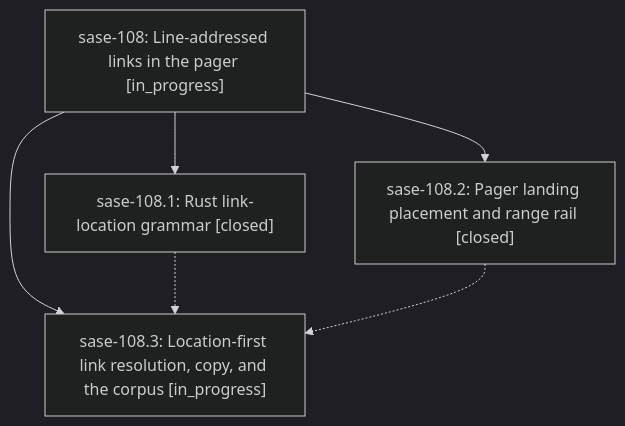
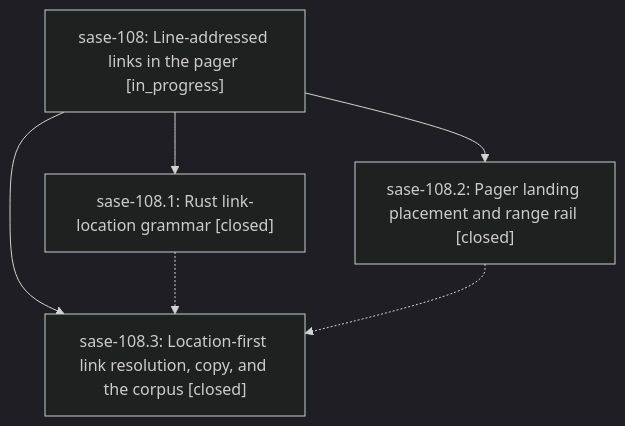
The diagram in pages/sase-108/README.md (sase-org/sase--beads), drawn with Mermaid (dark theme) before and after one commit. The commit also changed other lines of this file and 3 other files, not shown here.

````diff
--- a/pages/sase-108/README.md
+++ b/pages/sase-108/README.md
@@ -24,12 +24,12 @@
 ```mermaid
 flowchart TD
     n0["sase-108: Line-addressed links in the pager [in_progress]"]
     n1["sase-108.1: Rust link-location grammar [closed]"]
     n2["sase-108.2: Pager landing placement and range rail [closed]"]
-    n3["sase-108.3: Location-first link resolution, copy, and the corpus [in_progress]"]
+    n3["sase-108.3: Location-first link resolution, copy, and the corpus [closed]"]
     n0 --> n1
     n0 --> n2
     n0 --> n3
     n1 -.-> n3
     n2 -.-> n3
 ```
````
